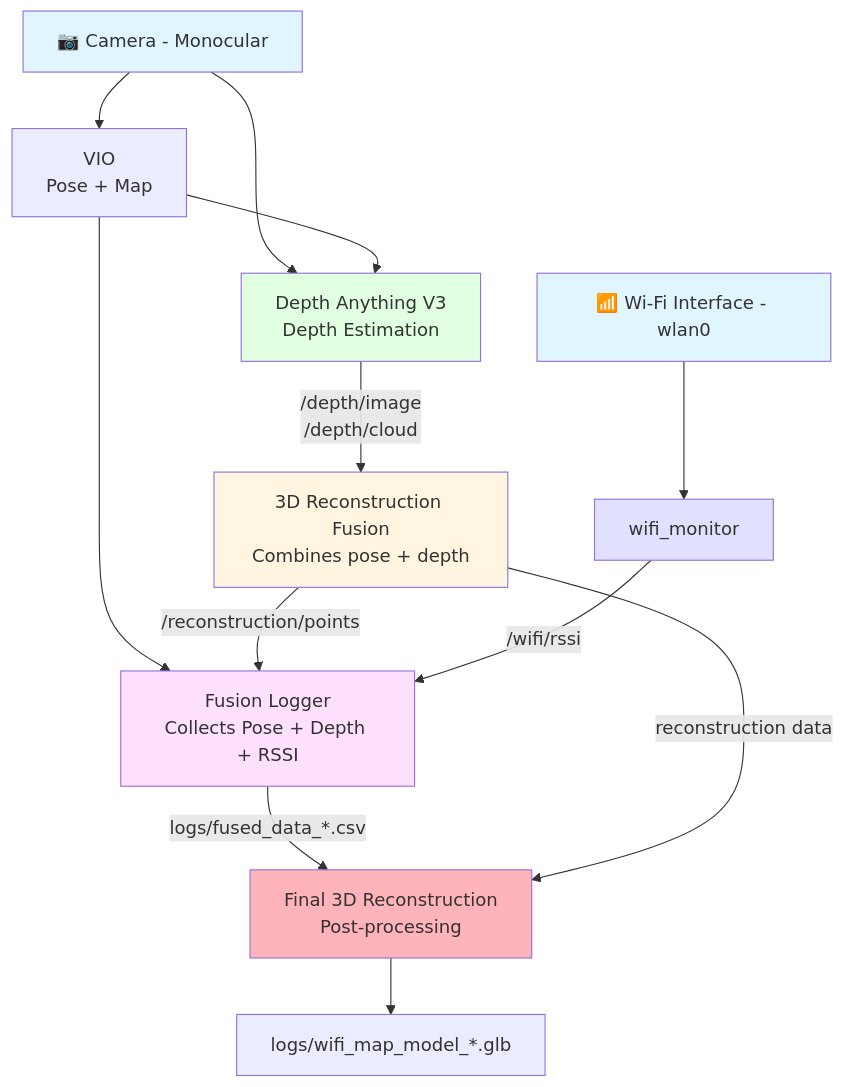
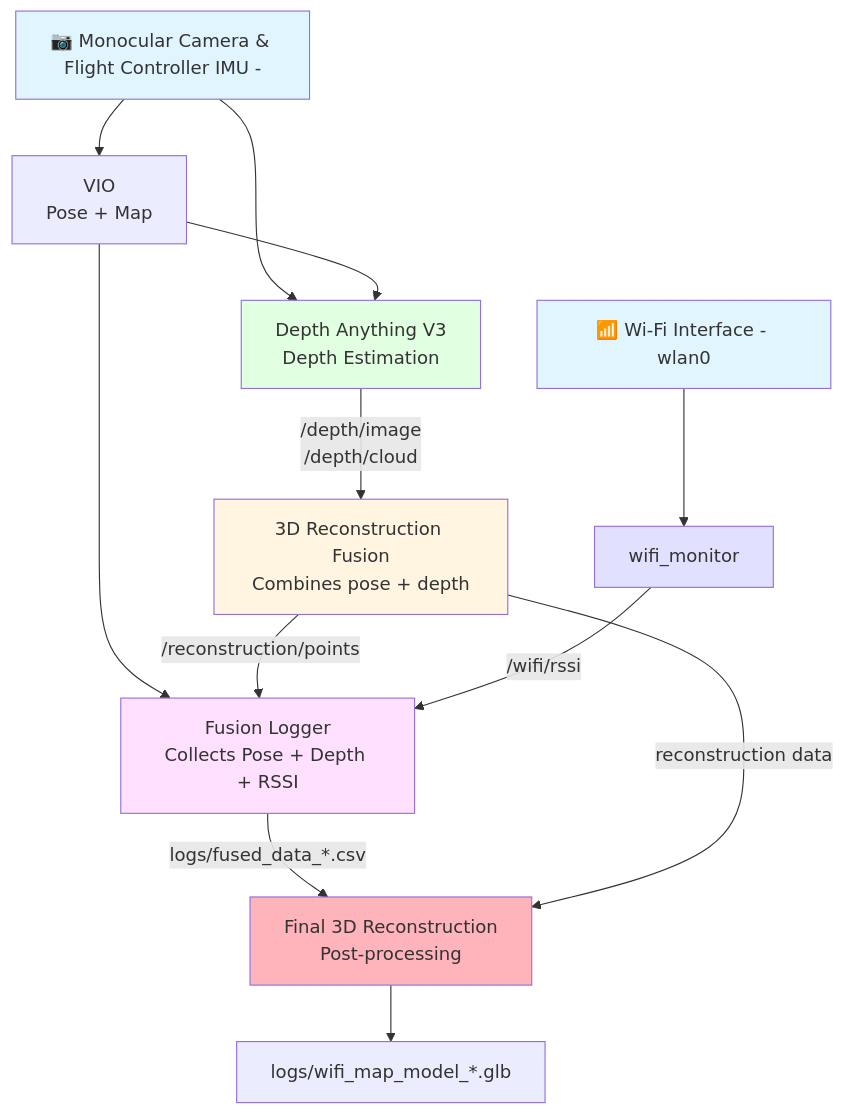
Before and after one commit to Shluo03/AirSniff: the first of 6 diagrams in README.md, drawn with Mermaid.

````diff
--- a/README.md
+++ b/README.md
@@ -5,32 +5,32 @@
 ```mermaid
 flowchart TD
-    Camera[📷 Camera - Monocular] --> VIO[VIO<br/>Pose + Map]
+    Camera[📷 Monocular Camera & Flight Controller IMU - ] --> VIO[VIO<br/>Pose + Map]
     Camera --> Depth[Depth Anything V3<br/>Depth Estimation]
     
     VIO -->| | Depth
     VIO -->| | Logger[Fusion Logger<br/>Collects Pose + Depth + RSSI]
     
     Depth -->|/depth/image<br/>/depth/cloud| Recon[3D Reconstruction Fusion<br/>Combines pose + depth]
     
     Recon -->|/reconstruction/points| Logger
     
     WiFi[📶 Wi-Fi Interface - wlan0] --> Monitor[wifi_monitor]
     Monitor -->|/wifi/rssi| Logger
     
     Logger -->|logs/fused_data_*.csv| Final[Final 3D Reconstruction<br/>Post-processing]
     Recon -->|reconstruction data| Final
     
    
     Final --> Output[logs/wifi_map_model_*.glb]
    
     
     style Camera fill:#e1f5ff
     
     style Depth fill:#e1ffe1
     style Recon fill:#fff5e1
     style WiFi fill:#e1f5ff
     style Monitor fill:#e1e1ff
     style Logger fill:#ffe1ff
     style Final fill:#ffb3ba
    
 ```
````
